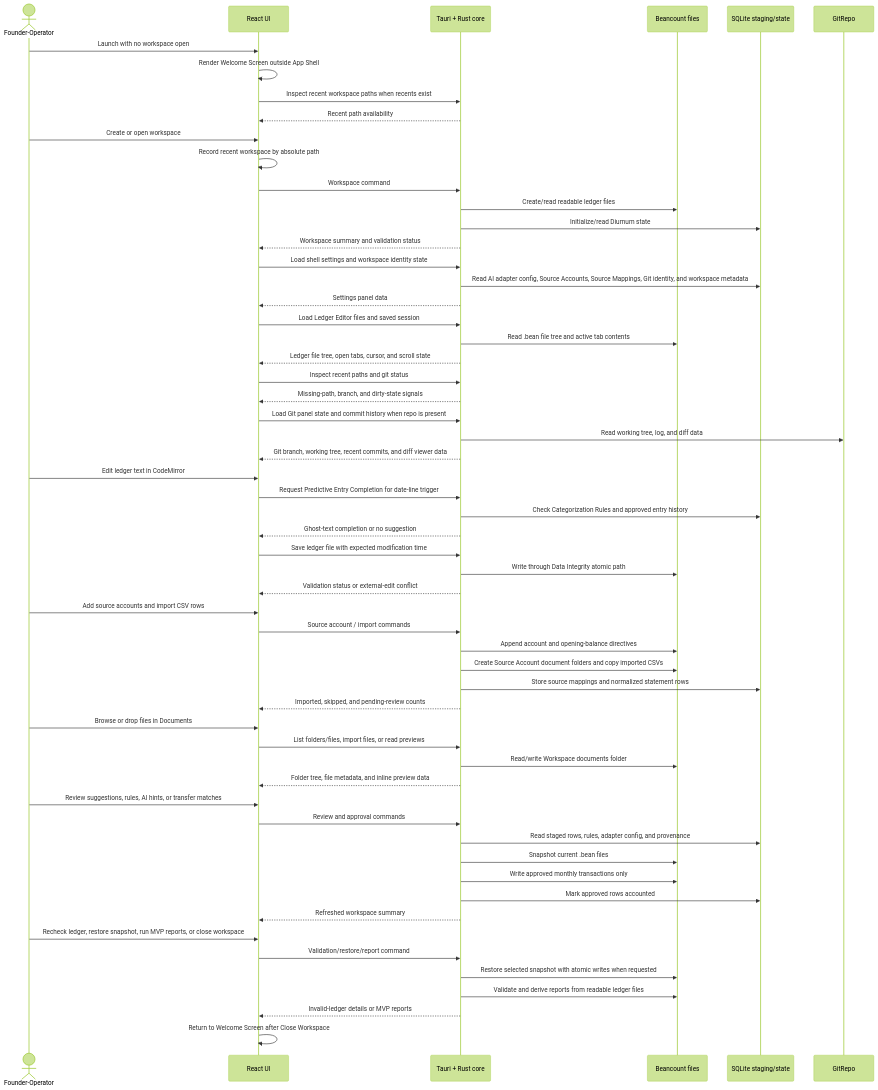
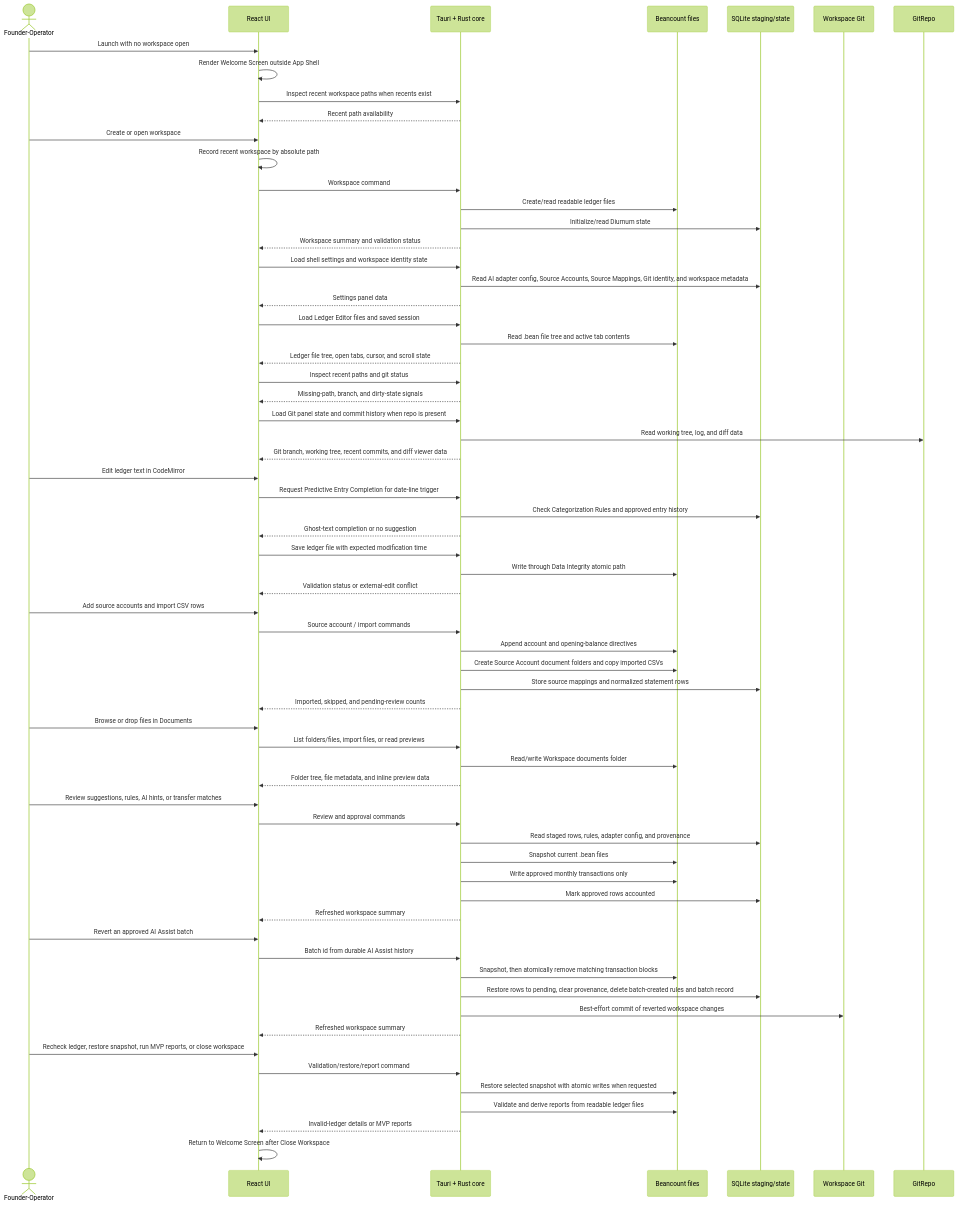
Before and after one commit to Diurnum-Dev/Diurnum: the second of 4 diagrams in docs/architecture.md, drawn with Mermaid (forest theme). The commit also changed other lines of this file and 1 other file, not shown here.

Commit message:
feat(ai-assist): batch revert restores rows and removes batch rules

````diff
--- a/docs/architecture.md
+++ b/docs/architecture.md
@@ -72,66 +72,74 @@
 ```mermaid
 sequenceDiagram
   actor User as Founder-Operator
   participant UI as React UI
   participant Core as Tauri + Rust core
   participant Ledger as Beancount files
   participant State as SQLite staging/state
+  participant Git as Workspace Git
 
   User->>UI: Launch with no workspace open
   UI->>UI: Render Welcome Screen outside App Shell
   UI->>Core: Inspect recent workspace paths when recents exist
   Core-->>UI: Recent path availability
 
   User->>UI: Create or open workspace
   UI->>UI: Record recent workspace by absolute path
   UI->>Core: Workspace command
   Core->>Ledger: Create/read readable ledger files
   Core->>State: Initialize/read Diurnum state
   Core-->>UI: Workspace summary and validation status
   UI->>Core: Load shell settings and workspace identity state
   Core->>State: Read AI adapter config, Source Accounts, Source Mappings, Git identity, and workspace metadata
   Core-->>UI: Settings panel data
   UI->>Core: Load Ledger Editor files and saved session
   Core->>Ledger: Read .bean file tree and active tab contents
   Core-->>UI: Ledger file tree, open tabs, cursor, and scroll state
   UI->>Core: Inspect recent paths and git status
   Core-->>UI: Missing-path, branch, and dirty-state signals
   UI->>Core: Load Git panel state and commit history when repo is present
   Core->>GitRepo: Read working tree, log, and diff data
   Core-->>UI: Git branch, working tree, recent commits, and diff viewer data
 
   User->>UI: Edit ledger text in CodeMirror
   UI->>Core: Request Predictive Entry Completion for date-line trigger
   Core->>State: Check Categorization Rules and approved entry history
   Core-->>UI: Ghost-text completion or no suggestion
   UI->>Core: Save ledger file with expected modification time
   Core->>Ledger: Write through Data Integrity atomic path
   Core-->>UI: Validation status or external-edit conflict
 
   User->>UI: Add source accounts and import CSV rows
   UI->>Core: Source account / import commands
   Core->>Ledger: Append account and opening-balance directives
   Core->>Ledger: Create Source Account document folders and copy imported CSVs
   Core->>State: Store source mappings and normalized statement rows
   Core-->>UI: Imported, skipped, and pending-review counts
 
   User->>UI: Browse or drop files in Documents
   UI->>Core: List folders/files, import files, or read previews
   Core->>Ledger: Read/write Workspace documents folder
   Core-->>UI: Folder tree, file metadata, and inline preview data
 
   User->>UI: Review suggestions, rules, AI hints, or transfer matches
   UI->>Core: Review and approval commands
   Core->>State: Read staged rows, rules, adapter config, and provenance
   Core->>Ledger: Snapshot current .bean files
   Core->>Ledger: Write approved monthly transactions only
   Core->>State: Mark approved rows accounted
   Core-->>UI: Refreshed workspace summary
 
+  User->>UI: Revert an approved AI Assist batch
+  UI->>Core: Batch id from durable AI Assist history
+  Core->>Ledger: Snapshot, then atomically remove matching transaction blocks
+  Core->>State: Restore rows to pending, clear provenance, delete batch-created rules and batch record
+  Core->>Git: Best-effort commit of reverted workspace changes
+  Core-->>UI: Refreshed workspace summary
+
   User->>UI: Recheck ledger, restore snapshot, run MVP reports, or close workspace
   UI->>Core: Validation/restore/report command
   Core->>Ledger: Restore selected snapshot with atomic writes when requested
   Core->>Ledger: Validate and derive reports from readable ledger files
   Core-->>UI: Invalid-ledger details or MVP reports
   UI->>UI: Return to Welcome Screen after Close Workspace
 ```
````
